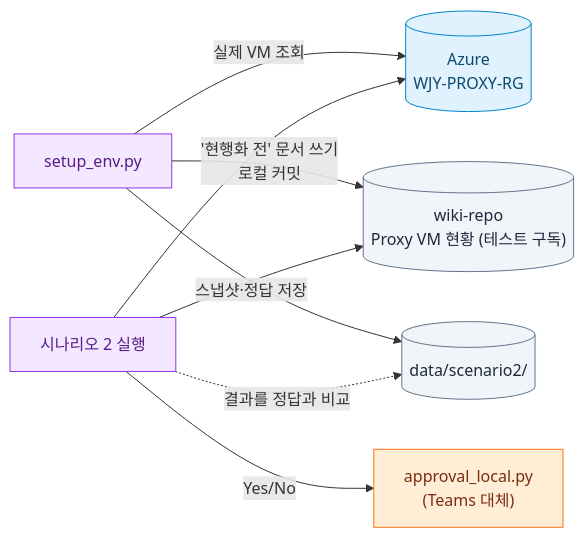
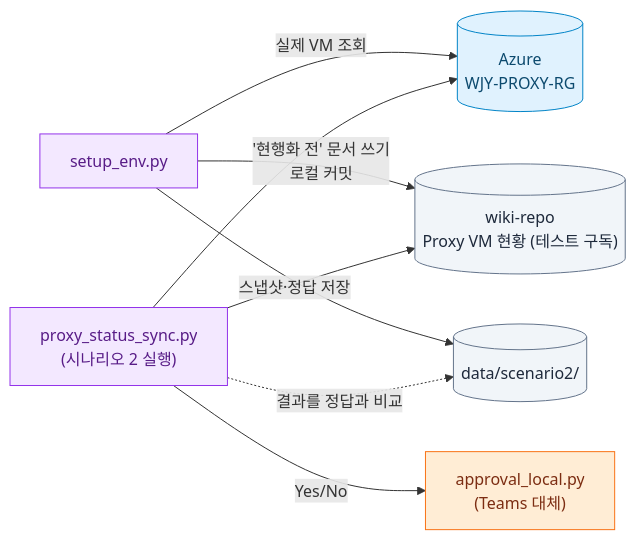
Before and after one commit to pcmola/ai-master: the seventh of 7 diagrams in README.md, drawn with Mermaid. The commit also changed other lines of this file and 6 other files, not shown here.

````diff
--- a/README.md
+++ b/README.md
@@ -410,18 +411,18 @@
 ```mermaid
 flowchart LR
     setup["setup_env.py"] -- "실제 VM 조회" --> az[("Azure<br/>WJY-PROXY-RG")]
     setup -- "'현행화 전' 문서 쓰기<br/>로컬 커밋" --> wiki[("wiki-repo<br/>Proxy VM 현황 (테스트 구독)")]
     setup -- "스냅샷·정답 저장" --> data[("data/scenario2/")]
-    scenario["시나리오 2 실행"] --> az & wiki
+    scenario["proxy_status_sync.py<br/>(시나리오 2 실행)"] --> az & wiki
     scenario -- "Yes/No" --> approval["approval_local.py<br/>(Teams 대체)"]
     scenario -. "결과를 정답과 비교" .-> data
 
     classDef tool fill:#F3E8FF,stroke:#9333EA,color:#581C87
     classDef store fill:#F1F5F9,stroke:#64748B,color:#1E293B
     classDef cloud fill:#E0F2FE,stroke:#0284C7,color:#0C4A6E
     classDef approve fill:#FFEDD5,stroke:#F97316,color:#7C2D12
     class setup,scenario tool
     class wiki,data store
     class az cloud
     class approval approve
 ```
````
